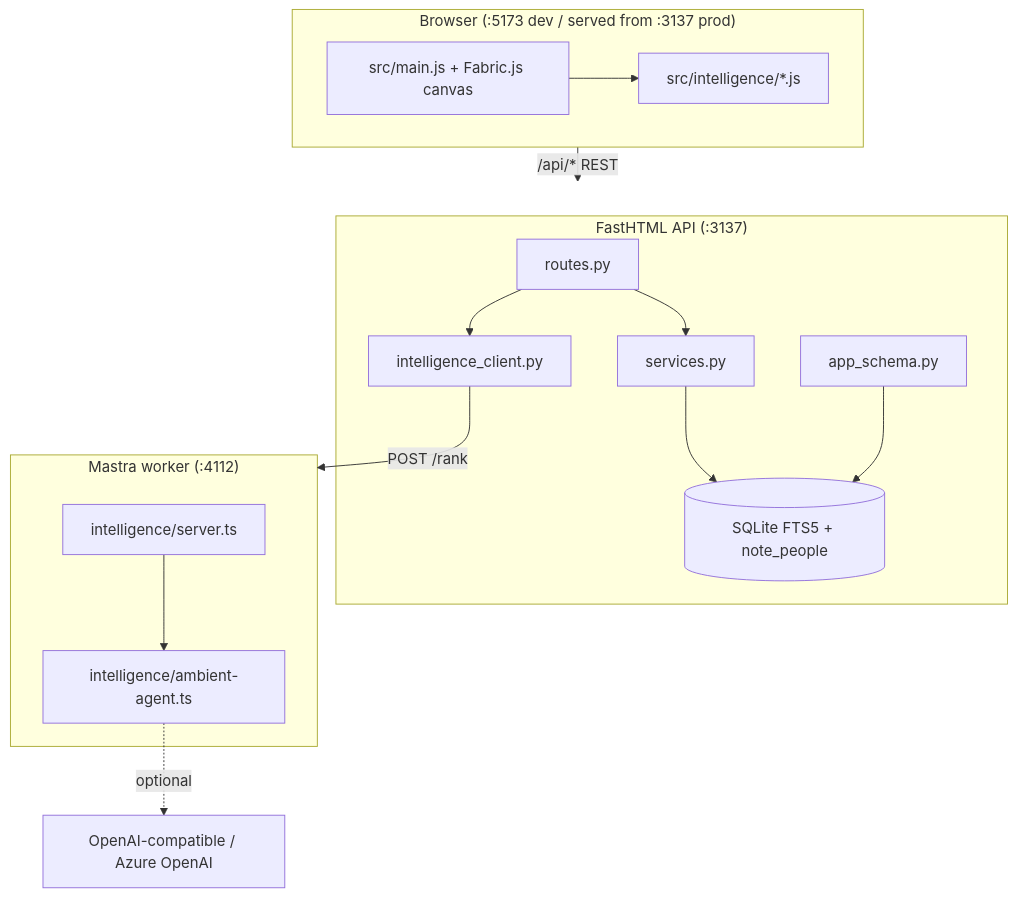
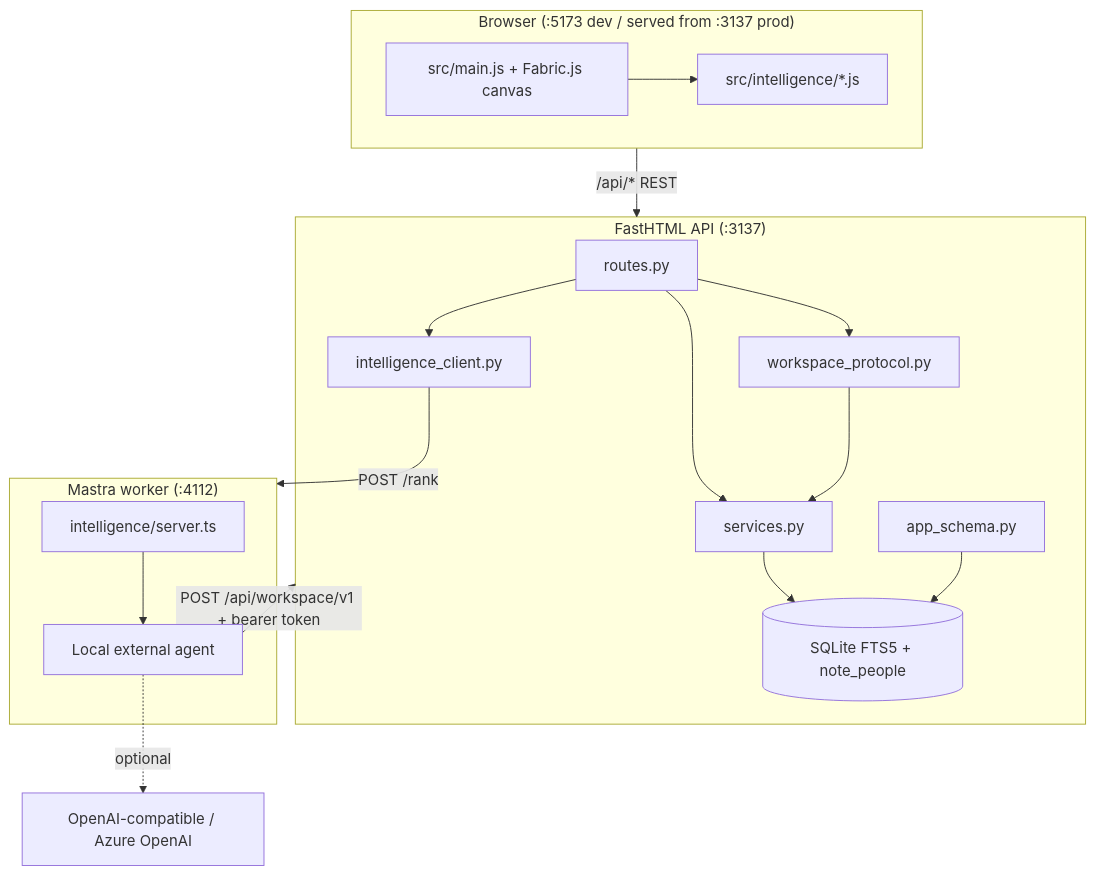
The first of 6 diagrams in docs/ARCHITECTURE.md (abhisheksreesaila/personalnote), drawn with Mermaid before and after one commit. The commit also changed other lines of this file and 31 other files, not shown here.

````diff
--- a/docs/ARCHITECTURE.md
+++ b/docs/ARCHITECTURE.md
@@ -9,29 +11,33 @@
 ```mermaid
 flowchart TB
     subgraph Browser["Browser (:5173 dev / served from :3137 prod)"]
         UI[src/main.js + Fabric.js canvas]
         Intel[src/intelligence/*.js]
         UI --> Intel
     end
 
     subgraph API["FastHTML API (:3137)"]
         Routes[routes.py]
         Services[services.py]
+        Workspace[workspace_protocol.py]
         Schema[app_schema.py]
         Bridge[intelligence_client.py]
         Routes --> Services
+        Routes --> Workspace
+        Workspace --> Services
         Routes --> Bridge
         Services --> DB[(SQLite FTS5 + note_people)]
         Schema --> DB
     end
 
     subgraph Worker["Mastra worker (:4112)"]
         Server[intelligence/server.ts]
         Agent[intelligence/ambient-agent.ts]
         Server --> Agent
     end
 
     Browser -->|"/api/* REST"| API
+    Agent[Local external agent] -->|"POST /api/workspace/v1 + bearer token"| API
     Bridge -->|"POST /rank"| Worker
     Agent -.->|optional| Model[OpenAI-compatible / Azure OpenAI]
 ```
````
